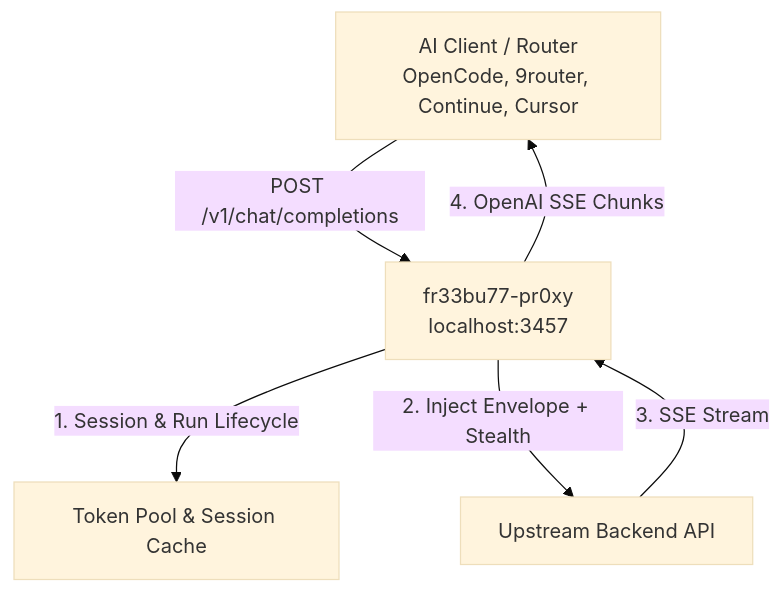
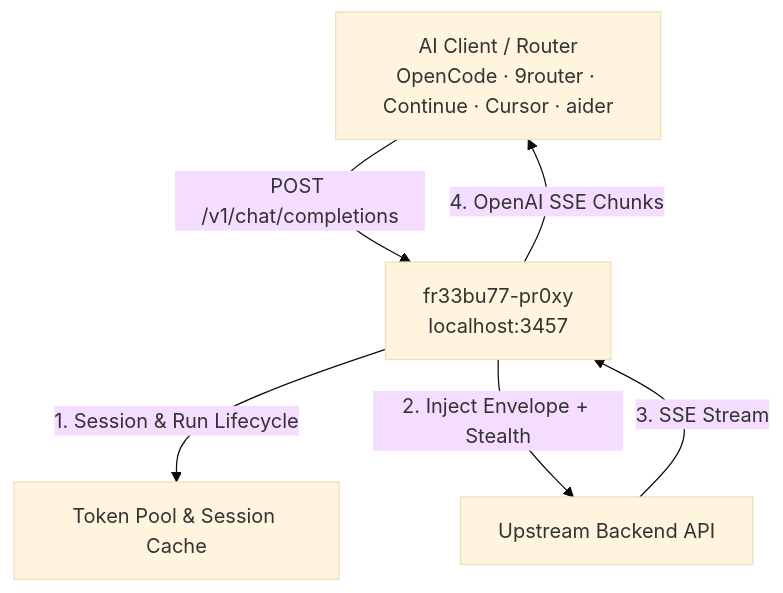
Before and after one commit to arsydoni4326-alt/freebuff-proxy: the diagram in README.md, drawn with Mermaid (base theme). The commit also changed other lines of this file, not shown here.

Commit message:
docs: list popular custom provider clients (OpenCode, 9router, Continue, Cursor, aider) in architecture overview

````diff
--- a/README.md
+++ b/README.md
@@ -29,8 +28,8 @@
 ```mermaid
 graph TD
-    Client[AI Client / Router<br/>OpenCode, 9router, Continue, Cursor] -->|POST /v1/chat/completions| Proxy[fr33bu77-pr0xy<br/>localhost:3457]
+    Client[AI Client / Router<br/>OpenCode · 9router · Continue · Cursor · aider] -->|POST /v1/chat/completions| Proxy[fr33bu77-pr0xy<br/>localhost:3457]
     Proxy -->|1. Session & Run Lifecycle| Pool[Token Pool & Session Cache]
     Proxy -->|2. Inject Envelope + Stealth| Upstream[Upstream Backend API]
     Upstream -->|3. SSE Stream| Proxy
     Proxy -->|4. OpenAI SSE Chunks| Client
 ```
````
